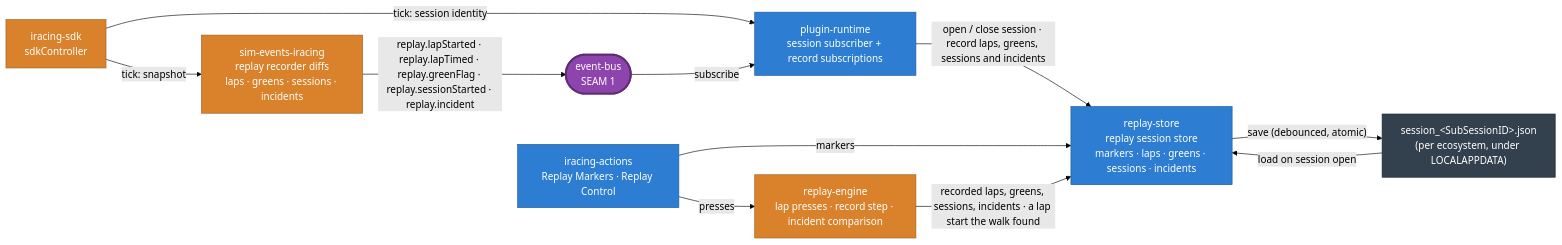
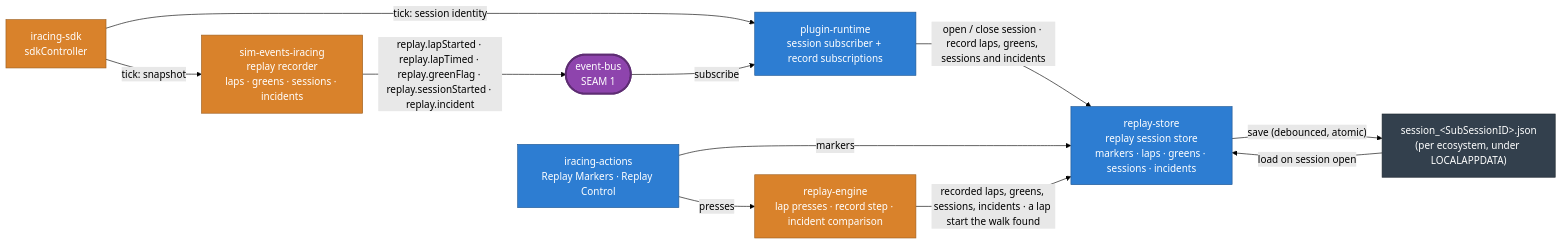
Before and after one commit to niklam/iracedeck: the fifth of 8 diagrams in packages/website/src/content/docs/docs/development/architecture.md, drawn with Mermaid (forest theme). The commit also changed other lines of this file and 41 other files, not shown here.

First line of the commit message:
refactor(sim-events-iracing): run the replay recorders as their own controller subscriber (#1468) (#1562)

````diff
--- a/packages/website/src/content/docs/docs/development/architecture.md
+++ b/packages/website/src/content/docs/docs/development/architecture.md
@@ -209,27 +209,27 @@
 ```mermaid
 flowchart LR
   sdk["iracing-sdk<br/>sdkController"]:::sim
-  trans["sim-events-iracing<br/>replay recorder diffs<br/>laps · greens · sessions · incidents"]:::sim
+  trans["sim-events-iracing<br/>replay recorder<br/>laps · greens · sessions · incidents"]:::sim
   bus(["event-bus<br/>SEAM 1"]):::seam
   plugin["plugin-runtime<br/>session subscriber + record subscriptions"]:::core
   store["replay-store<br/>replay session store<br/>markers · laps · greens · sessions · incidents"]:::core
   file["session_&lt;SubSessionID&gt;.json<br/>(per ecosystem, under LOCALAPPDATA)"]:::ext
   actions["iracing-actions<br/>Replay Markers · Replay Control"]:::core
   engine["replay-engine<br/>lap presses · record step · incident comparison"]:::sim
 
   sdk -->|"tick: session identity"| plugin
   sdk -->|"tick: snapshot"| trans
   trans -->|"replay.lapStarted · replay.lapTimed · replay.greenFlag · replay.sessionStarted · replay.incident"| bus
   bus -->|"subscribe"| plugin
   plugin -->|"open / close session · record laps, greens, sessions and incidents"| store
   store -->|"save (debounced, atomic)"| file
   file -->|"load on session open"| store
   actions -->|"markers"| store
   actions -->|"presses"| engine
   engine -->|"recorded laps, greens, sessions, incidents · a lap start the walk found"| store
 
   classDef ext fill:#33404d,color:#fff,stroke:#1d262e;
   classDef sim fill:#d9822b,color:#fff,stroke:#9c5e1f;
   classDef seam fill:#8e44ad,color:#fff,stroke:#5e2d73,stroke-width:3px;
   classDef core fill:#2d7dd2,color:#fff,stroke:#1f5793;
 ```
````
